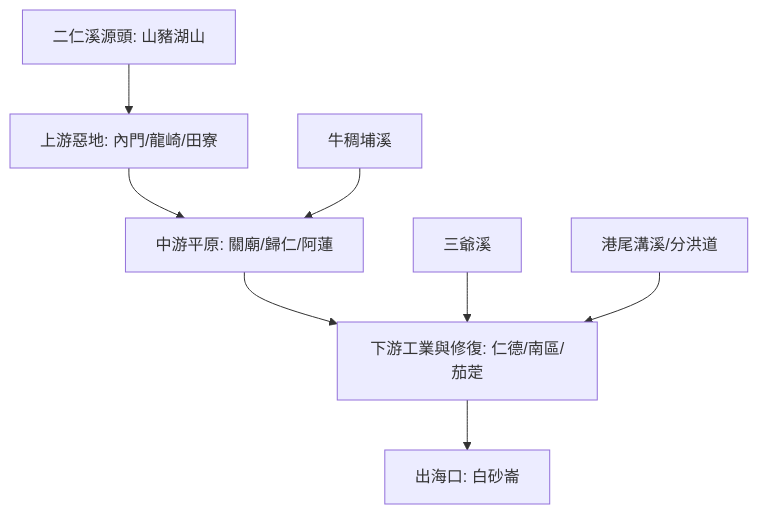
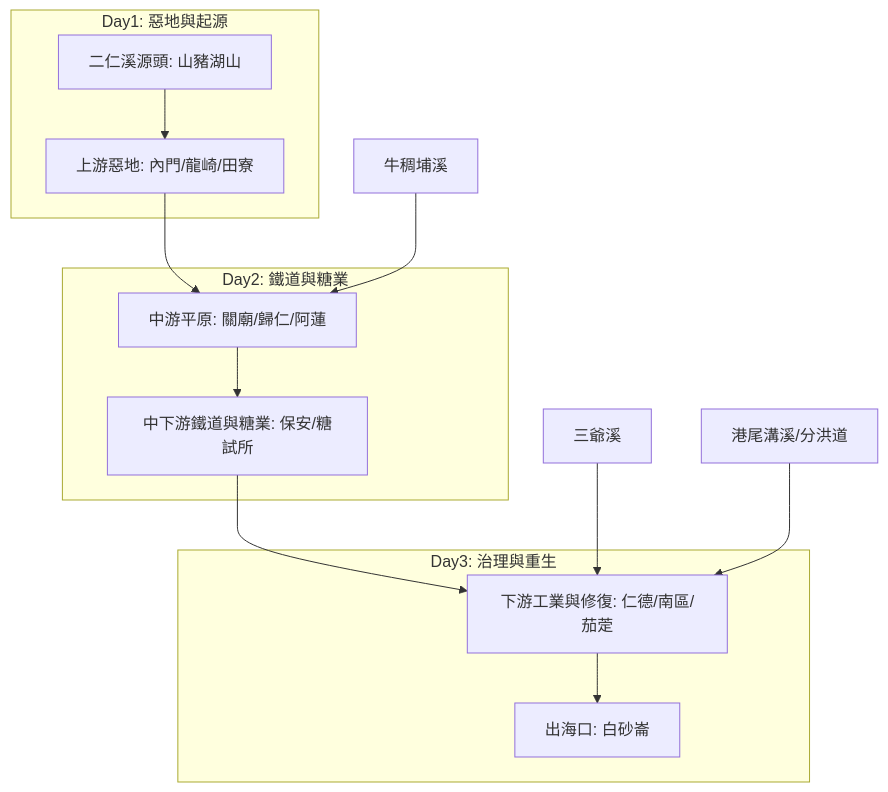
Before and after one commit to wuulong/wuulong-notes-blog: the diagram in static/walkgis_prj/maps/2026xxxx_erren_exploration.md, drawn with Mermaid. The commit also changed other lines of this file and 7 other files, not shown here.

````diff
--- a/static/walkgis_prj/maps/2026xxxx_erren_exploration.md
+++ b/static/walkgis_prj/maps/2026xxxx_erren_exploration.md
@@ -13,11 +13,20 @@
-```mermaid
-graph TD
+ ```mermaid
+ graph TD
+    subgraph Day1: 惡地與起源
     Source[二仁溪源頭: 山豬湖山] --> Upper[上游惡地: 內門/龍崎/田寮]
+    end
+    
+    subgraph Day2: 鐵道與糖業
     Upper --> Middle[中游平原: 關廟/歸仁/阿蓮]
-    Middle --> Lower[下游工業與修復: 仁德/南區/茄萣]
+    Middle --> Railroad[中下游鐵道與糖業: 保安/糖試所]
+    end
+    
+    subgraph Day3: 治理與重生
+    Railroad --> Lower[下游工業與修復: 仁德/南區/茄萣]
     Lower --> Sea[出海口: 白砂崙]
-    
-    Sub1[三爺溪] --> Lower
-    Sub2[港尾溝溪/分洪道] --> Lower
-    Sub3[牛稠埔溪] --> Middle
-```
+    end
+     
+     Sub1[三爺溪] --> Lower
+     Sub2[港尾溝溪/分洪道] --> Lower
+     Sub3[牛稠埔溪] --> Middle
+ ```
````
